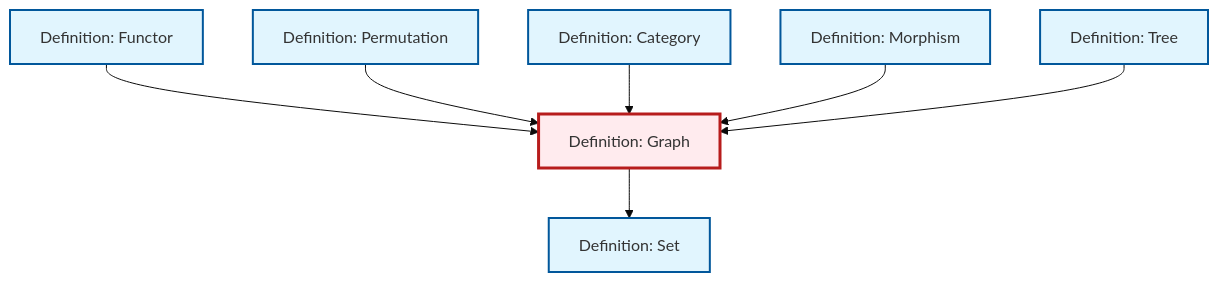
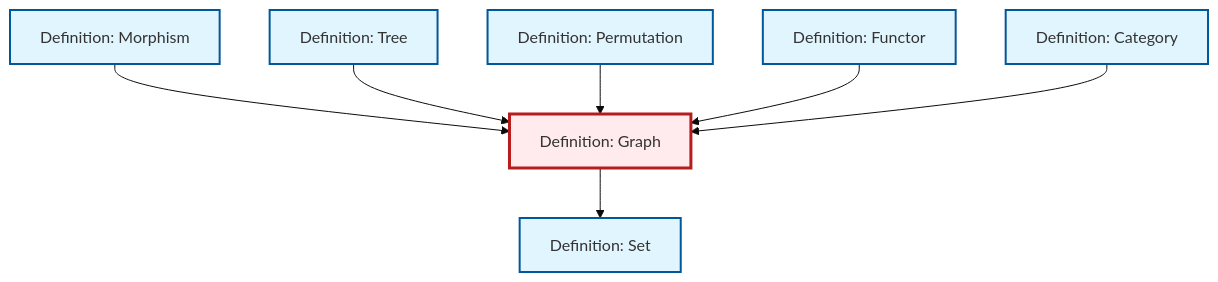
The diagram in content/en/combinatorics/def-graph.qmd (RK0429/ModernMath), drawn with Mermaid (base theme) before and after one commit. The commit also changed other lines of this file and 619 other files, not shown here.

````diff
--- a/content/en/combinatorics/def-graph.qmd
+++ b/content/en/combinatorics/def-graph.qmd
@@ -93,29 +93,29 @@
 ```{mermaid}
 %%| fig-cap: "Local dependency graph"
 graph TD
     classDef definition fill:#e1f5fe,stroke:#01579b,stroke-width:2px
     classDef theorem fill:#f3e5f5,stroke:#4a148c,stroke-width:2px
     classDef axiom fill:#fff3e0,stroke:#e65100,stroke-width:2px
     classDef example fill:#e8f5e9,stroke:#1b5e20,stroke-width:2px
     classDef current fill:#ffebee,stroke:#b71c1c,stroke-width:3px
+    def-functor["Definition: Functor"]:::definition
+    def-set["Definition: Set"]:::definition
+    def-permutation["Definition: Permutation"]:::definition
+    def-morphism["Definition: Morphism"]:::definition
+    def-graph["Definition: Graph"]:::definition
+    def-tree["Definition: Tree"]:::definition
     def-category["Definition: Category"]:::definition
-    def-set["Definition: Set"]:::definition
-    def-morphism["Definition: Morphism"]:::definition
-    def-permutation["Definition: Permutation"]:::definition
-    def-tree["Definition: Tree"]:::definition
-    def-graph["Definition: Graph"]:::definition
-    def-functor["Definition: Functor"]:::definition
-    def-functor --> def-graph
-    def-permutation --> def-graph
-    def-category --> def-graph
-    def-graph --> def-set
     def-morphism --> def-graph
     def-tree --> def-graph
+    def-permutation --> def-graph
+    def-functor --> def-graph
+    def-graph --> def-set
+    def-category --> def-graph
     class def-graph current
+    click def-functor "def-functor.html" "Go to Functor definition"
+    click def-set "def-set.html" "Go to Set definition"
+    click def-permutation "def-permutation.html" "Go to Permutation definition"
+    click def-morphism "def-morphism.html" "Go to Morphism definition"
+    click def-tree "def-tree.html" "Go to Tree definition"
     click def-category "def-category.html" "Go to Category definition"
-    click def-set "def-set.html" "Go to Set definition"
-    click def-morphism "def-morphism.html" "Go to Morphism definition"
-    click def-permutation "def-permutation.html" "Go to Permutation definition"
-    click def-tree "def-tree.html" "Go to Tree definition"
-    click def-functor "def-functor.html" "Go to Functor definition"
 ```
````
